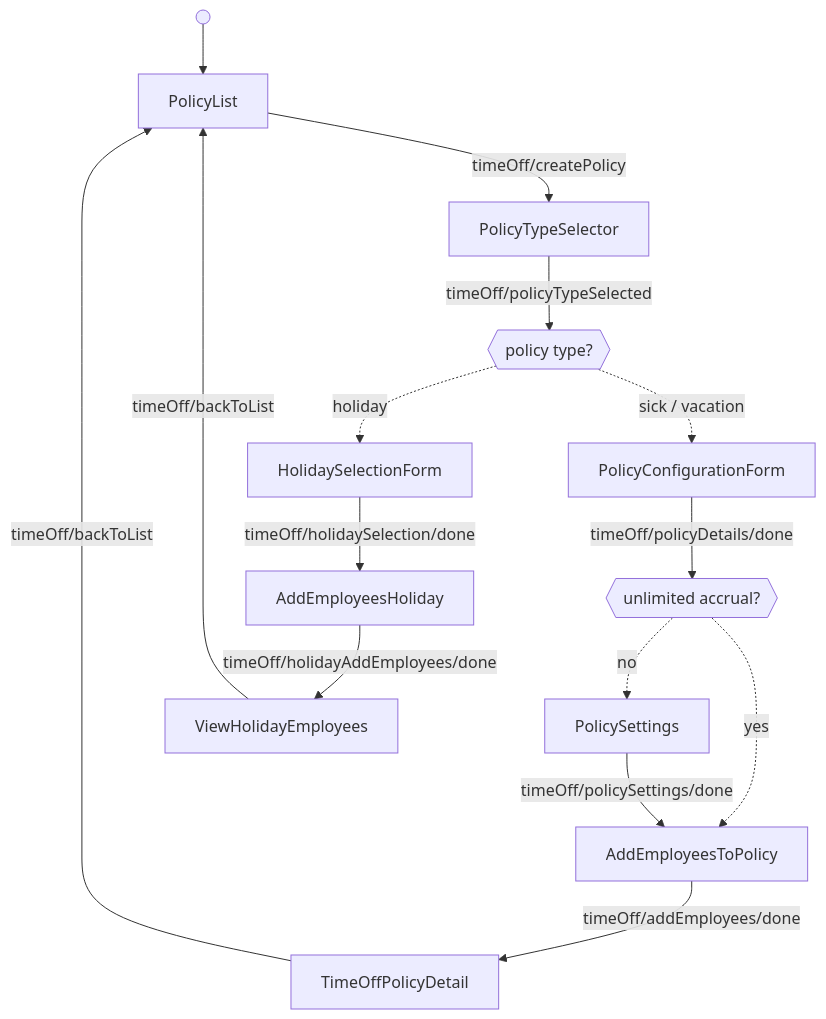
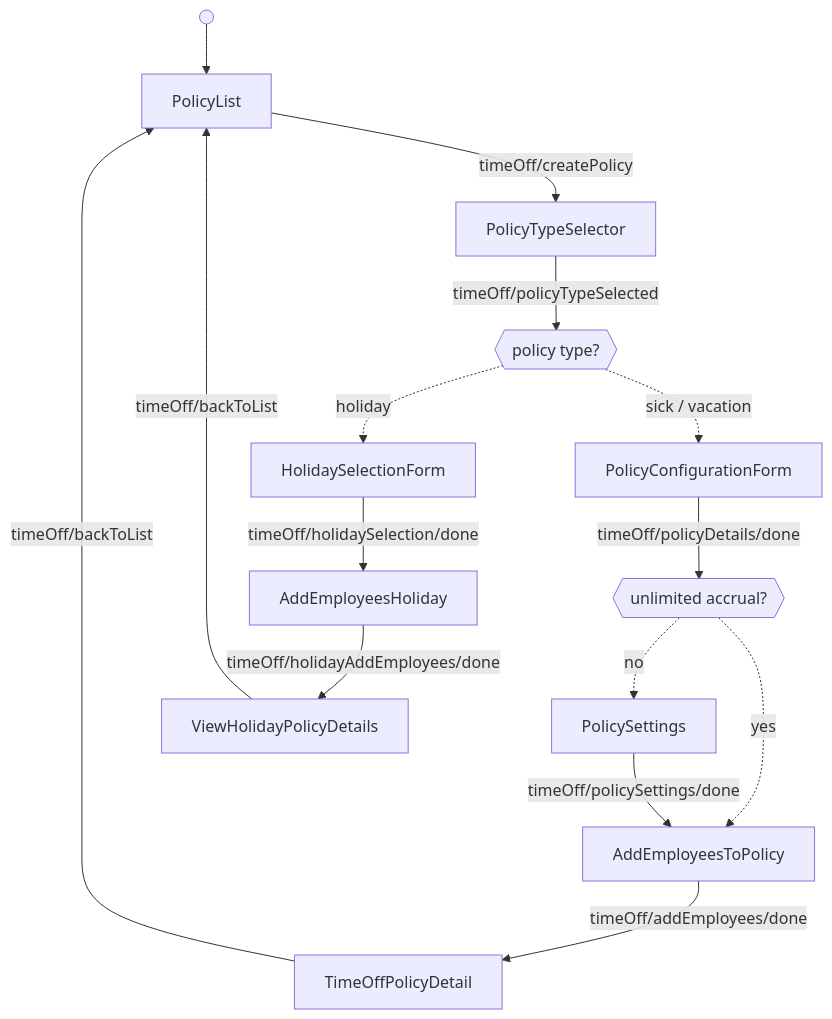
Before and after one commit to Gusto/embedded-react-sdk: the first of 2 diagrams in docs/reference/time-off/time-off-flow.md, drawn with Mermaid. The commit also changed other lines of this file and 2 other files, not shown here.

First line of the commit message:
docs(SDK-1071): model Time Off holiday detail as one tabbed view

````diff
--- a/docs/reference/time-off/time-off-flow.md
+++ b/docs/reference/time-off/time-off-flow.md
@@ -107,19 +104,19 @@
 ```mermaid
 flowchart
   start@{ shape: sm-circ } --> PolicyList["PolicyList"]
   PolicyList -->|"timeOff/createPolicy"| PolicyTypeSelector["PolicyTypeSelector"]
   PolicyTypeSelector -->|"timeOff/policyTypeSelected"| policyType{{"policy type?"}}
   policyType -.->|"sick / vacation"| PolicyConfigurationForm["PolicyConfigurationForm"]
   policyType -.->|"holiday"| HolidaySelectionForm["HolidaySelectionForm"]
   PolicyConfigurationForm -->|"timeOff/policyDetails/done"| unlimited{{"unlimited accrual?"}}
   unlimited -.->|"yes"| AddEmployeesToPolicy["AddEmployeesToPolicy"]
   unlimited -.->|"no"| PolicySettings["PolicySettings"]
   PolicySettings -->|"timeOff/policySettings/done"| AddEmployeesToPolicy
   AddEmployeesToPolicy -->|"timeOff/addEmployees/done"| TimeOffPolicyDetail["TimeOffPolicyDetail"]
   HolidaySelectionForm -->|"timeOff/holidaySelection/done"| AddEmployeesHoliday["AddEmployeesHoliday"]
-  AddEmployeesHoliday -->|"timeOff/holidayAddEmployees/done"| ViewHolidayEmployees["ViewHolidayEmployees"]
+  AddEmployeesHoliday -->|"timeOff/holidayAddEmployees/done"| ViewHolidayPolicyDetails["ViewHolidayPolicyDetails"]
   TimeOffPolicyDetail -->|"timeOff/backToList"| PolicyList
-  ViewHolidayEmployees -->|"timeOff/backToList"| PolicyList
+  ViewHolidayPolicyDetails -->|"timeOff/backToList"| PolicyList
   class policyType branch
   class unlimited branch
 ```
````
